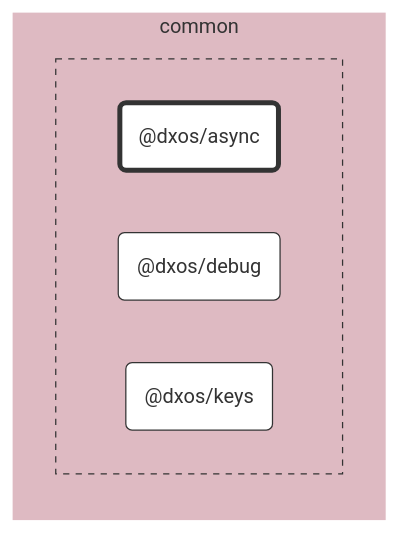
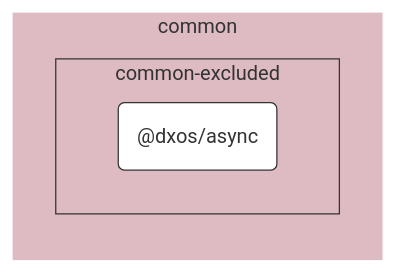
Before and after one commit to dxos/dxos: the diagram in packages/common/async/docs/README.md, drawn with Mermaid. The commit also changed 87 other files, not shown here.

````diff
--- a/packages/common/async/docs/README.md
+++ b/packages/common/async/docs/README.md
@@ -7,36 +7,24 @@
 ```mermaid
 %%{ init: {'flowchart':{'curve':'basis'}} }%%
 
 flowchart LR
 
-%% Links
+%% Classes
+classDef def fill:#fff,stroke:#333,stroke-width:1px
+classDef root fill:#fff,stroke:#333,stroke-width:4px
 
-%% Sections
-subgraph common
-  style common fill:#debac2,stroke:#fff;
+%% Nodes
 
+subgraph common [common]
+  style common fill:#debac2,stroke:#fff
 
-  subgraph common-excluded [ ]
-    style common-excluded fill:#debac2,stroke:#333,stroke-dasharray:5 5;
-
-    dxos/async("@dxos/async")
-    dxos/debug("@dxos/debug")
-    dxos/keys("@dxos/keys")
+  subgraph common-excluded [common-excluded]
+    style common-excluded fill:#debac2,stroke:#333,stroke-dashed:5 5
+    dxos/async("@dxos/async"):::def
+    click dxos/async "dxos/dxos/tree/main/packages/common/async/docs"
   end
 end
 
-
-%% Hyperlinks
-click dxos/debug "dxos/dxos/tree/main/packages/common/debug/docs";
-click dxos/keys "dxos/dxos/tree/main/packages/common/keys/docs";
-
-%% Styles
-classDef rootNode fill:#fff,stroke:#333,stroke-width:4px
-classDef defaultNode fill:#fff,stroke:#333,stroke-width:1px
+%% Links
 linkStyle default stroke:#333,stroke-width:1px
-
-dxos/async:::rootNode
-
-dxos/debug:::defaultNode
-dxos/keys:::defaultNode
 ```
````
